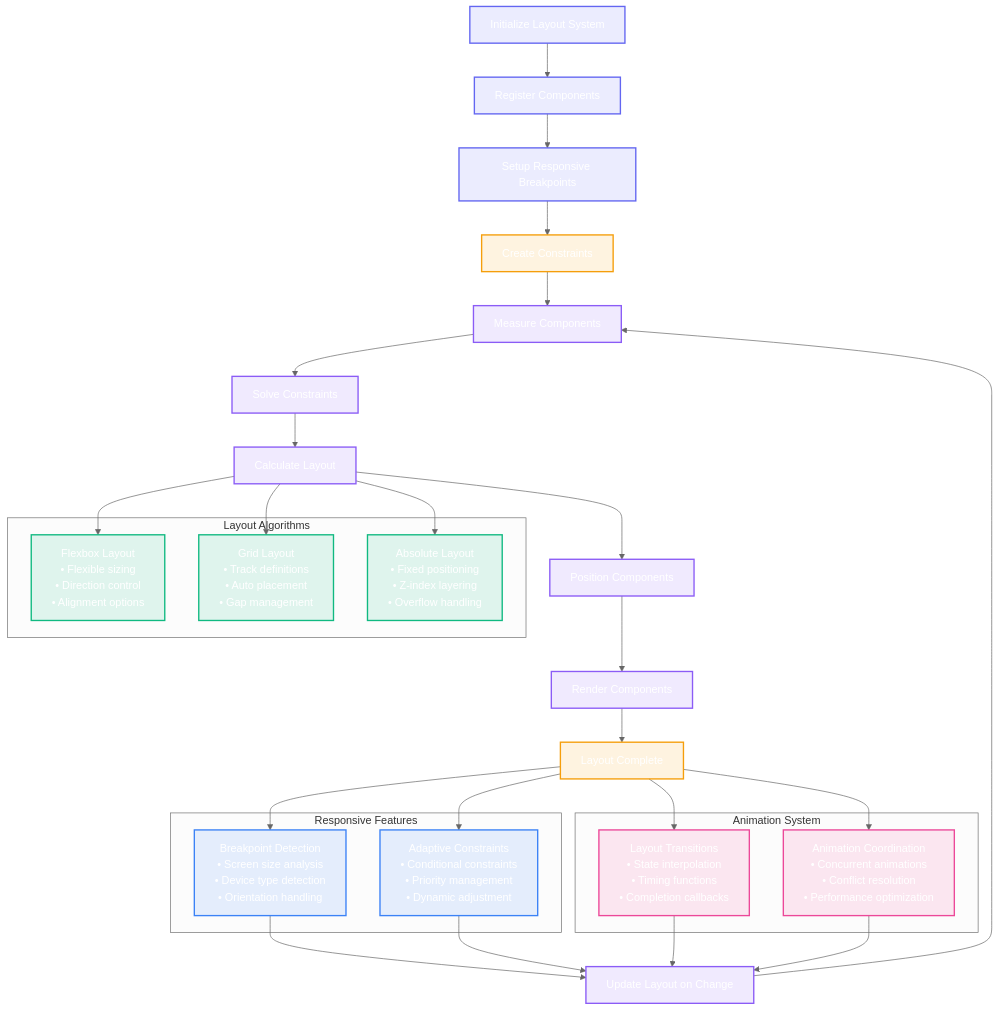
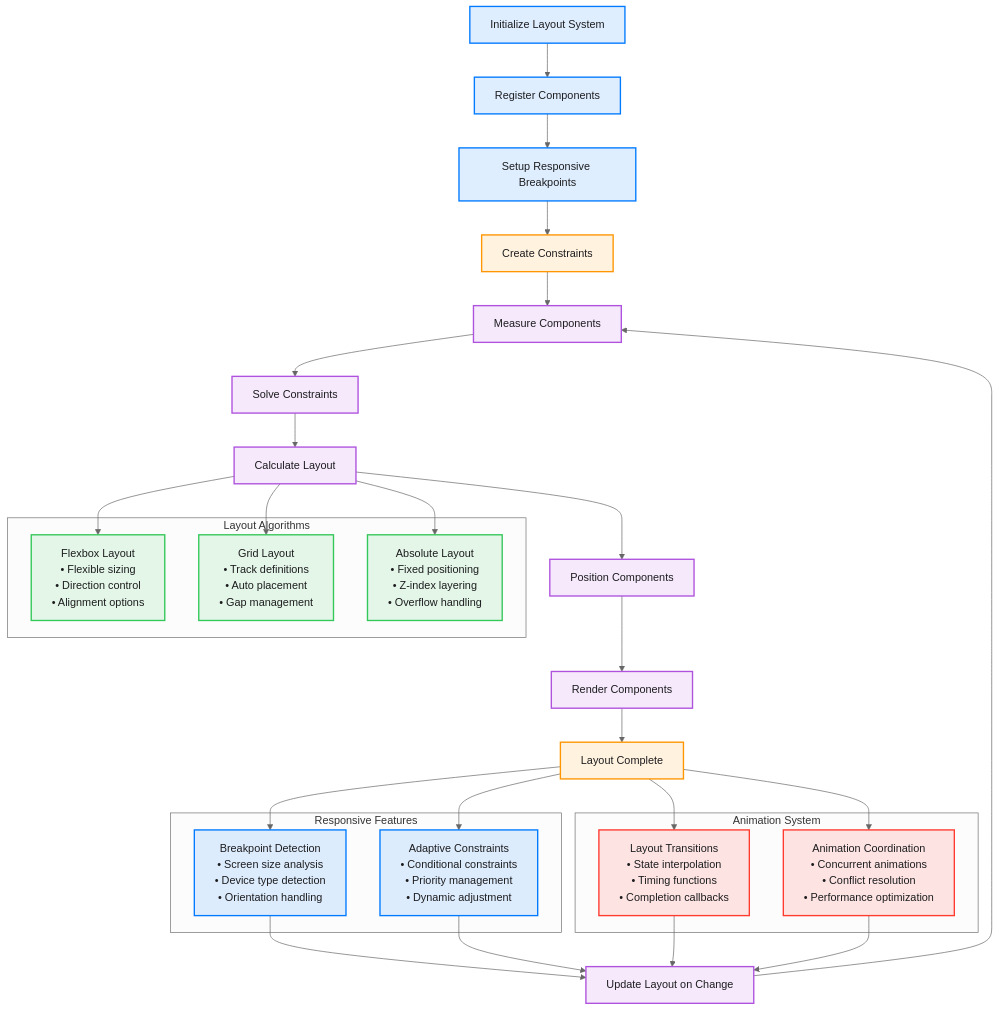
One commit to ajmcclary/CodeEditorKit changed the second of 2 diagrams in Diagrams/22-advanced-layout-ui-components.md. Above: the diagram before and after it, drawn with Mermaid (neutral theme). The commit also changed other lines of this file and 25 other files, not shown here.

First line of the commit message:
Refactor diagram color schemes for dark mode compatibility and semantic clarity

````diff
--- a/Diagrams/22-advanced-layout-ui-components.md
+++ b/Diagrams/22-advanced-layout-ui-components.md
@@ -433,73 +433,73 @@
 ```mermaid
 flowchart TB
     INIT[Initialize Layout System] --> REGISTER[Register Components]
     REGISTER --> SETUP[Setup Responsive Breakpoints]
     SETUP --> CONSTRAINT[Create Constraints]
     
     CONSTRAINT --> MEASURE[Measure Components]
     MEASURE --> SOLVE[Solve Constraints]
     SOLVE --> LAYOUT[Calculate Layout]
     LAYOUT --> POSITION[Position Components]
     
     POSITION --> RENDER[Render Components]
     RENDER --> READY[Layout Complete]
     
     subgraph "Layout Algorithms"
         FLEX[Flexbox Layout<br/>• Flexible sizing<br/>• Direction control<br/>• Alignment options]
         GRID[Grid Layout<br/>• Track definitions<br/>• Auto placement<br/>• Gap management]
         ABS[Absolute Layout<br/>• Fixed positioning<br/>• Z-index layering<br/>• Overflow handling]
     end
     
     subgraph "Responsive Features"
         BREAK[Breakpoint Detection<br/>• Screen size analysis<br/>• Device type detection<br/>• Orientation handling]
         ADAPT[Adaptive Constraints<br/>• Conditional constraints<br/>• Priority management<br/>• Dynamic adjustment]
     end
     
     subgraph "Animation System"
         TRANS[Layout Transitions<br/>• State interpolation<br/>• Timing functions<br/>• Completion callbacks]
         COORD[Animation Coordination<br/>• Concurrent animations<br/>• Conflict resolution<br/>• Performance optimization]
     end
     
     LAYOUT --> FLEX
     LAYOUT --> GRID
     LAYOUT --> ABS
     
     READY --> BREAK
     READY --> ADAPT
     READY --> TRANS
     READY --> COORD
     
     BREAK --> UPDATE[Update Layout on Change]
     ADAPT --> UPDATE
     TRANS --> UPDATE
     COORD --> UPDATE
     
     UPDATE --> MEASURE
 
     %% Styling - Dark mode friendly colors
-    classDef init fill:#6366f120,stroke:#6366f1,stroke-width:2px,color:#fff
-    classDef process fill:#8b5cf620,stroke:#8b5cf6,stroke-width:2px,color:#fff
-    classDef algorithm fill:#10b98120,stroke:#10b981,stroke-width:2px,color:#fff
-    classDef responsive fill:#3b82f620,stroke:#3b82f6,stroke-width:2px,color:#fff
-    classDef animation fill:#ec489920,stroke:#ec4899,stroke-width:2px,color:#fff
-    classDef result fill:#f59e0b20,stroke:#f59e0b,stroke-width:2px,color:#fff
+    classDef init fill:#007AFF20,stroke:#007AFF,stroke-width:2px,color:#1D1D1F
+    classDef process fill:#AF52DE20,stroke:#AF52DE,stroke-width:2px,color:#1D1D1F
+    classDef algorithm fill:#34C75920,stroke:#34C759,stroke-width:2px,color:#1D1D1F
+    classDef responsive fill:#007AFF20,stroke:#007AFF,stroke-width:2px,color:#1D1D1F
+    classDef animation fill:#FF3B3020,stroke:#FF3B30,stroke-width:2px,color:#1D1D1F
+    classDef result fill:#FF950020,stroke:#FF9500,stroke-width:2px,color:#1D1D1F
 
     class INIT init
     class REGISTER init
     class SETUP init
     class MEASURE process
     class SOLVE process
     class LAYOUT process
     class POSITION process
     class RENDER process
     class UPDATE process
     class FLEX algorithm
     class GRID algorithm
     class ABS algorithm
     class BREAK responsive
     class ADAPT responsive
     class TRANS animation
     class COORD animation
     class CONSTRAINT result
     class READY result
 ```
````
